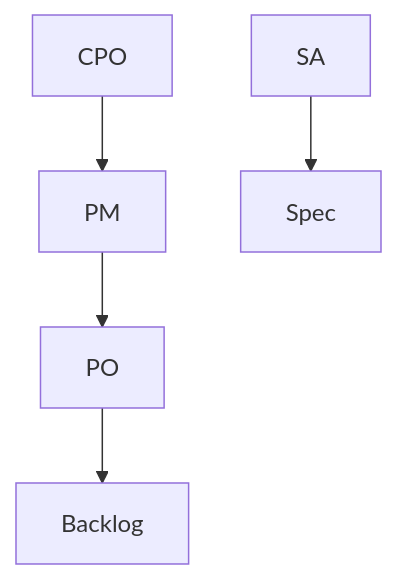
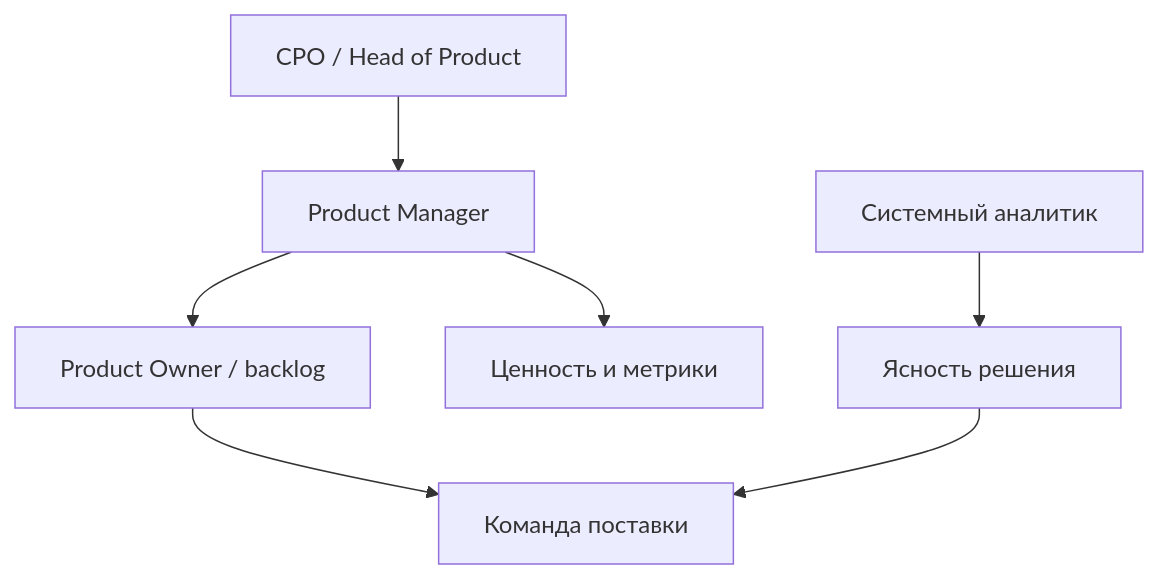
One commit to AlexanderNY/cursor_test changed the diagram in nine-to-eighteen/ui/src/data/learn/product/pm01-product-management.md. Above: the diagram before and after it, drawn with Mermaid. The commit also changed other lines of this file and 3060 other files, not shown here.

````diff
--- a/nine-to-eighteen/ui/src/data/learn/product/pm01-product-management.md
+++ b/nine-to-eighteen/ui/src/data/learn/product/pm01-product-management.md
@@ -58,7 +95,9 @@
 ```mermaid
 flowchart TB
-  CPO --> PM
-  PM --> PO
-  SA --> Spec
-  PO --> Backlog
+  CPO[CPO / Head of Product] --> PM[Product Manager]
+  PM --> PO[Product Owner / backlog]
+  PM --> Outcome[Ценность и метрики]
+  SA[Системный аналитик] --> Spec[Ясность решения]
+  PO --> Team[Команда поставки]
+  Spec --> Team
 ```
````
